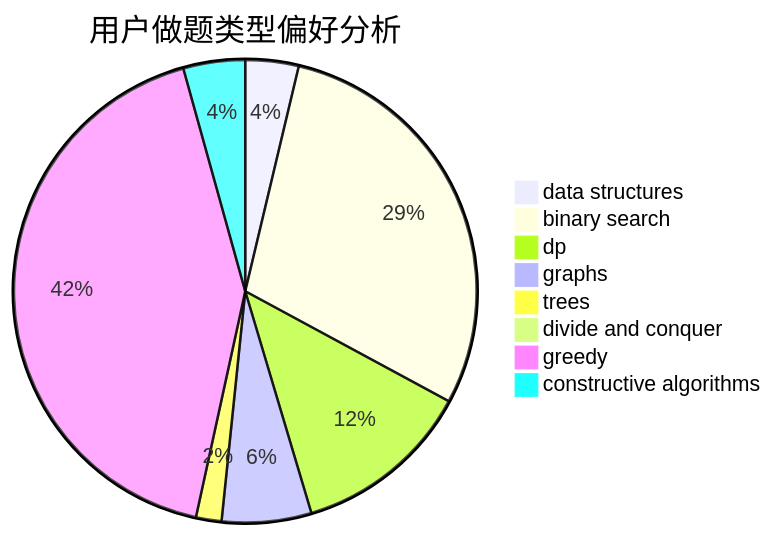
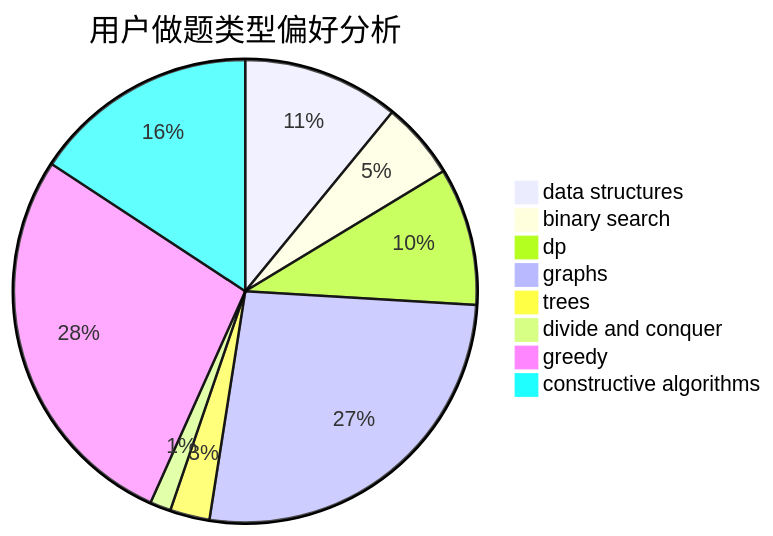
Before and after one commit to sherpahu/cfrs.github.io: the second of 3 diagrams in docs/user/u2030.md, drawn with Mermaid. The commit also changed other lines of this file and 2770 other files, not shown here.

````diff
--- a/docs/user/u2030.md
+++ b/docs/user/u2030.md
@@ -23,11 +23,11 @@
 ```mermaid
 pie title 用户做题类型偏好分析
-    "data structures" :  25
-    "binary search" :  196
-    "dp" :  84
-    "graphs" :  42
-    "trees" :  12
-    "divide and conquer" :  5
-    "greedy" :  284
-    "constructive algorithms" :  29
+    "data structures" :  75
+    "binary search" :  37
+    "dp" :  66
+    "graphs" :  182
+    "trees" :  19
+    "divide and conquer" :  10
+    "greedy" :  189
+    "constructive algorithms" :  108
 ```
````
